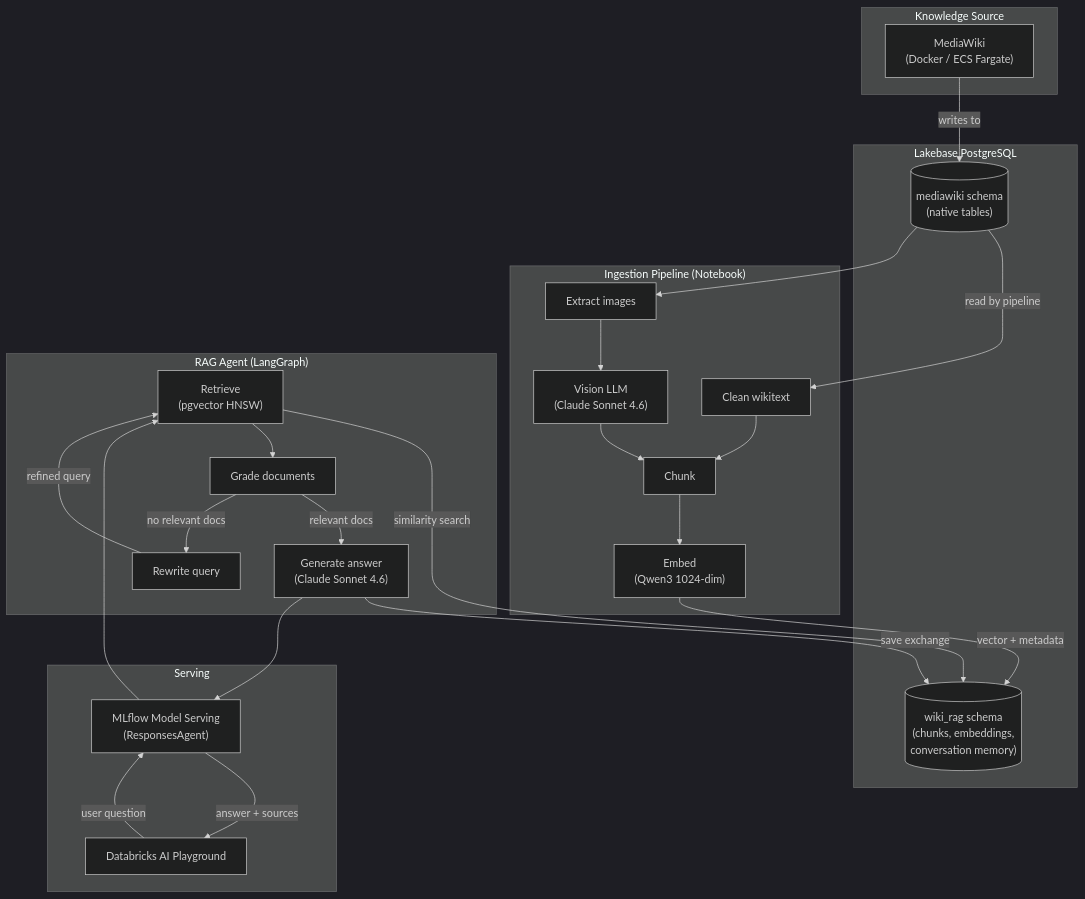
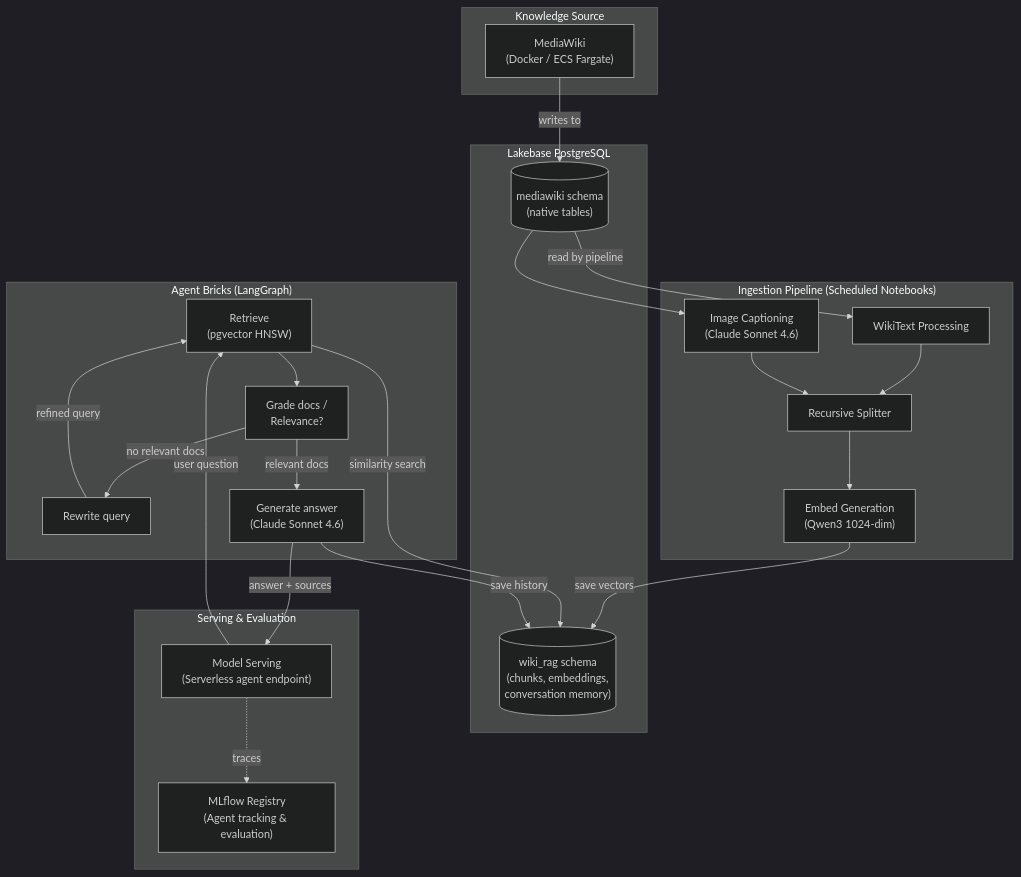
The diagram in README.md (allexlima/wiki-rag-dtbricks), drawn with Mermaid (dark theme) before and after one commit. The commit also changed other lines of this file, not shown here.

````diff
--- a/README.md
+++ b/README.md
@@ -145,51 +146,48 @@
 ```mermaid
 flowchart TB
     subgraph Sources["Knowledge Source"]
         MW["MediaWiki\n(Docker / ECS Fargate)"]
     end
 
     subgraph Lakebase["Lakebase PostgreSQL"]
         MW_SCHEMA[("mediawiki schema\n(native tables)")]
         RAG_SCHEMA[("wiki_rag schema\n(chunks, embeddings,\nconversation memory)")]
     end
 
-    subgraph Pipeline["Ingestion Pipeline (Notebook)"]
-        CLEAN["Clean wikitext"]
-        IMAGES["Extract images"]
-        CAPTION["Vision LLM\n(Claude Sonnet 4.6)"]
-        CHUNK["Chunk"]
-        EMBED["Embed\n(Qwen3 1024-dim)"]
+    subgraph Pipeline["Ingestion Pipeline (Scheduled Notebooks)"]
+        CLEAN["WikiText Processing"]
+        CAPTION["Image Captioning\n(Claude Sonnet 4.6)"]
+        CHUNK["Recursive Splitter"]
+        EMBED["Embed Generation\n(Qwen3 1024-dim)"]
     end
 
-    subgraph Agent["RAG Agent (LangGraph)"]
+    subgraph AgentBricks["Agent Bricks (LangGraph)"]
         RETRIEVE["Retrieve\n(pgvector HNSW)"]
-        GRADE["Grade documents"]
+        GRADE["Grade docs /\nRelevance?"]
         REWRITE["Rewrite query"]
         GENERATE["Generate answer\n(Claude Sonnet 4.6)"]
     end
 
-    subgraph Serving["Serving"]
-        ENDPOINT["MLflow Model Serving\n(ResponsesAgent)"]
-        PLAYGROUND["Databricks AI Playground"]
+    subgraph Serving["Serving & Evaluation"]
+        ENDPOINT["Model Serving\n(Serverless agent endpoint)"]
+        MLFLOW["MLflow Registry\n(Agent tracking & evaluation)"]
     end
 
     MW -->|writes to| MW_SCHEMA
     MW_SCHEMA -->|read by pipeline| CLEAN
-    MW_SCHEMA --> IMAGES
-    IMAGES --> CAPTION
+    MW_SCHEMA --> CAPTION
     CLEAN --> CHUNK
     CAPTION --> CHUNK
     CHUNK --> EMBED
-    EMBED -->|vector + metadata| RAG_SCHEMA
+    EMBED -->|save vectors| RAG_SCHEMA
 
-    PLAYGROUND -->|user question| ENDPOINT
-    ENDPOINT --> RETRIEVE
+    ENDPOINT -->|user question| RETRIEVE
     RETRIEVE -->|similarity search| RAG_SCHEMA
     RETRIEVE --> GRADE
     GRADE -->|relevant docs| GENERATE
     GRADE -->|no relevant docs| REWRITE
     REWRITE -->|refined query| RETRIEVE
-    GENERATE -->|save exchange| RAG_SCHEMA
-    GENERATE --> ENDPOINT
-    ENDPOINT -->|answer + sources| PLAYGROUND
+    GENERATE -->|save history| RAG_SCHEMA
+    GENERATE -->|answer + sources| ENDPOINT
+    ENDPOINT -.->|traces| MLFLOW
 ```
````
